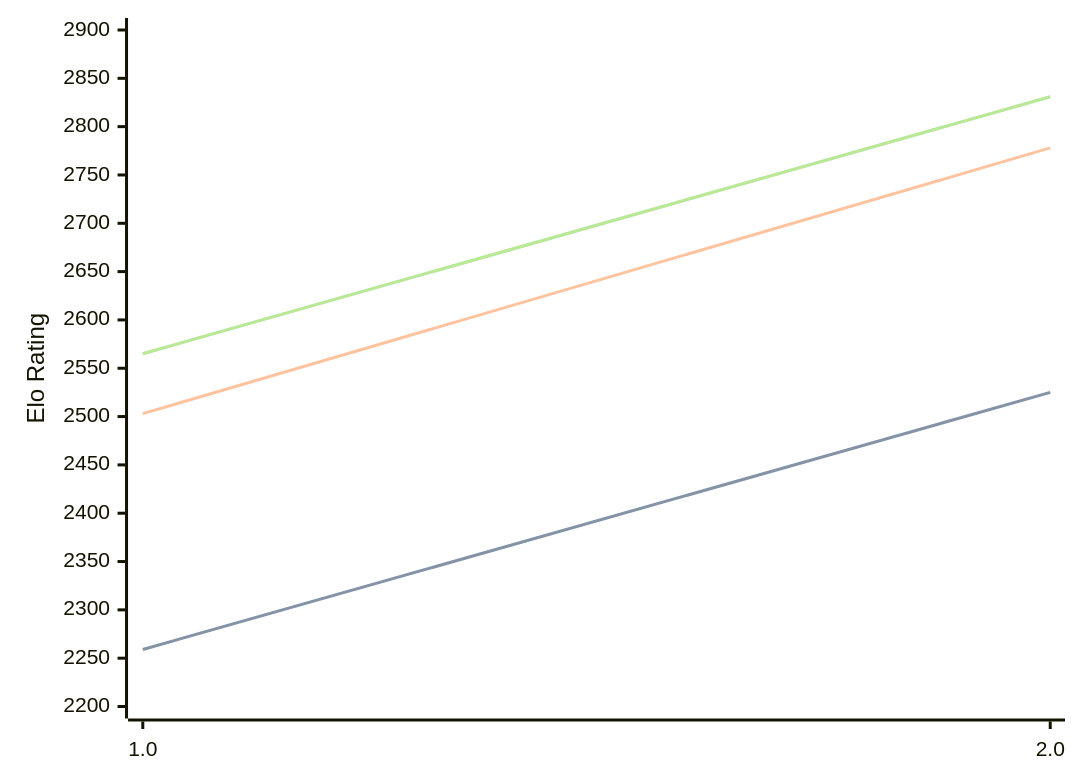
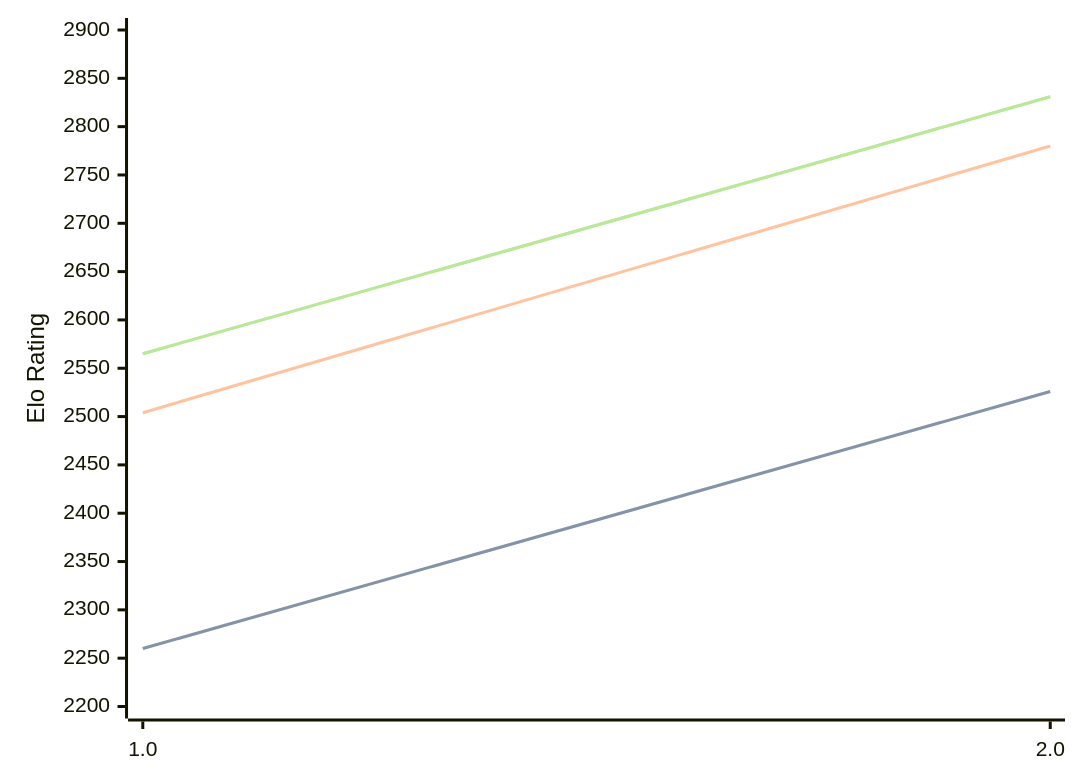
Before and after one commit to computer-chess-index/cci: the diagram in engines/Revolver.md, drawn with Mermaid. The commit also changed other lines of this file, not shown here.

````diff
--- a/engines/Revolver.md
+++ b/engines/Revolver.md
@@ -32,11 +32,11 @@
 ```mermaid
 %%{init: {"theme":"base","themeVariables":{"seriesColors:['#a3a3a3','#222221','#faa371']}}}%%
 xychart-beta
   x-axis ["1.0", "2.0"]
   y-axis "Elo Rating" 2200 --> 2900
-  line "" [2259, 2525]
-  line "STC (8.0+0.08s)" [2259, 2525]
-  line "LTC (60.0+0.60s)" [2503, 2778]
+  line "" [2260, 2526]
+  line "STC (8.0+0.08s)" [2260, 2526]
+  line "LTC (60.0+0.60s)" [2504, 2780]
   line "" [2565, 2831]
   line "VLTC (2m24s+1.12s)" [2565, 2831]
 ```
````
